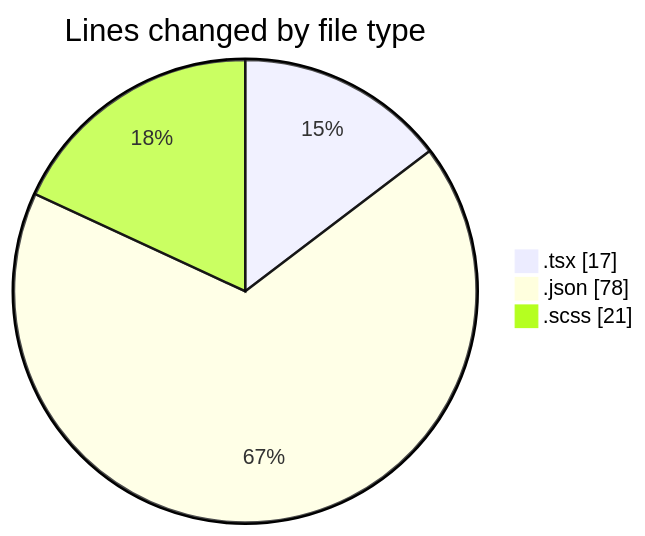
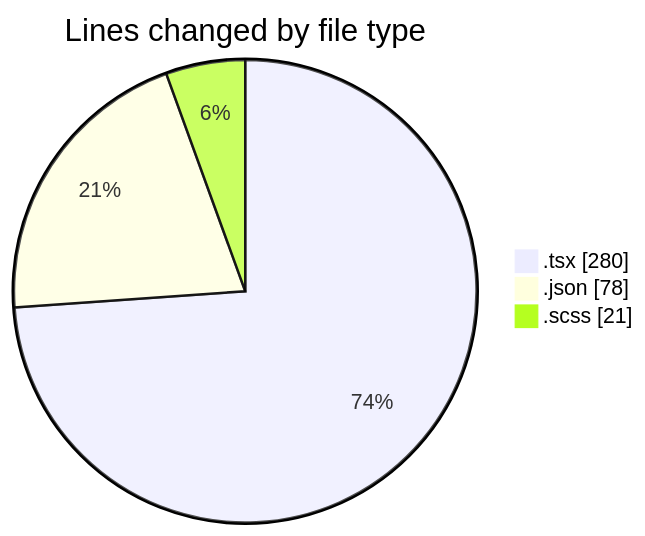
One commit to momahboobian/code-tracking changed the first of 2 diagrams in 2026-09-29/cda/README.md. Above: the diagram before and after it, drawn with Mermaid. The commit also changed other lines of this file and 1 other file, not shown here.

````diff
--- a/2026-09-29/cda/README.md
+++ b/2026-09-29/cda/README.md
@@ -23,7 +23,7 @@
 ```mermaid
 pie showData
 title Lines changed by file type
-".tsx" : 17
+".tsx" : 280
 ".json" : 78
 ".scss" : 21
 ```
````
